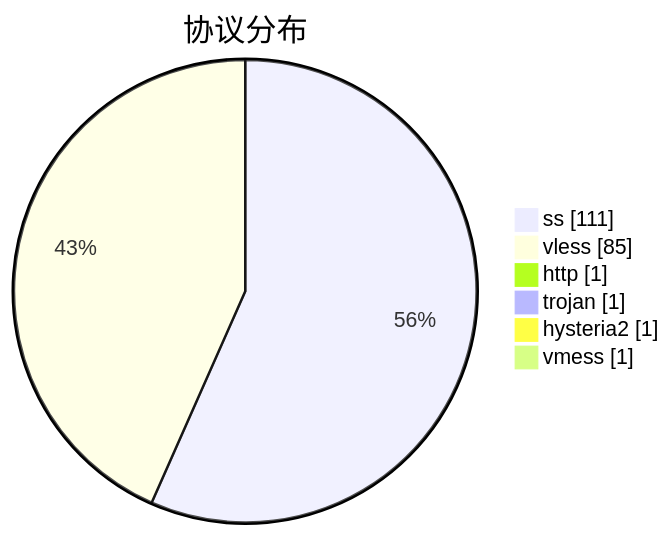
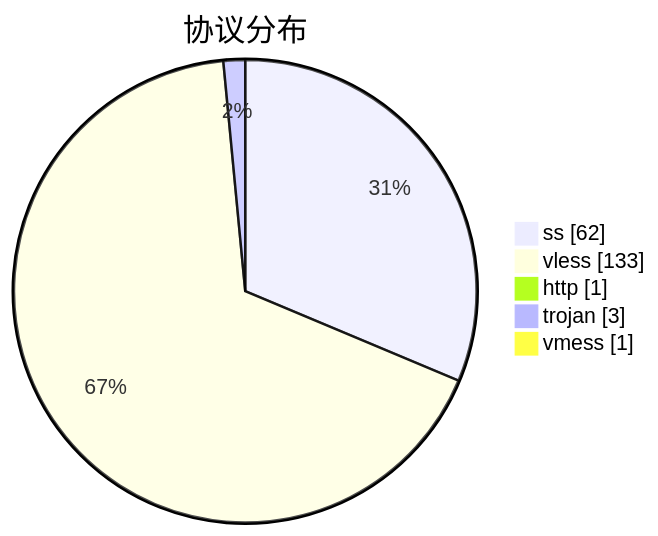
Before and after one commit to qjlxg/airport: the third of 3 diagrams in subs/statistics/tested_within.md, drawn with Mermaid. The commit also changed other lines of this file and 2 other files, not shown here.

````diff
--- a/subs/statistics/tested_within.md
+++ b/subs/statistics/tested_within.md
@@ -25,10 +24,9 @@
 ```mermaid
 pie showData
 title 协议分布
-"ss" : 111
-"vless" : 85
+"ss" : 62
+"vless" : 133
 "http" : 1
-"trojan" : 1
-"hysteria2" : 1
+"trojan" : 3
 "vmess" : 1
 ```
````
